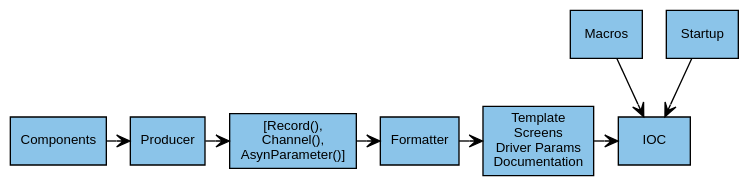
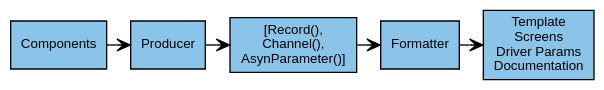
One commit to epics-containers/pvi changed the second of 2 diagrams in docs/index.rst. Above: the diagram before and after it, drawn with Graphviz. The commit also changed other lines of this file and 13 other files, not shown here.

```diff
--- a/docs/index.rst
+++ b/docs/index.rst
@@ -125,12 +113,10 @@
 .. digraph:: pvi_products
 
     bgcolor=transparent
     node [fontname=Arial fontsize=10 shape=box style=filled fillcolor="#8BC4E9"]
     edge [fontname=Arial fontsize=10 arrowhead=vee]
 
     Intermediate [label="[Record(),\n Channel(),\n AsynParameter()]"]
     Products [label="Template\nScreens\nDriver Params\nDocumentation"]
 
-    {rank=same; Components -> Producer -> Intermediate -> Formatter -> Products -> IOC}
-    Macros -> IOC
-    Startup -> IOC
+    {rank=same; Components -> Producer -> Intermediate -> Formatter -> Products}
```
